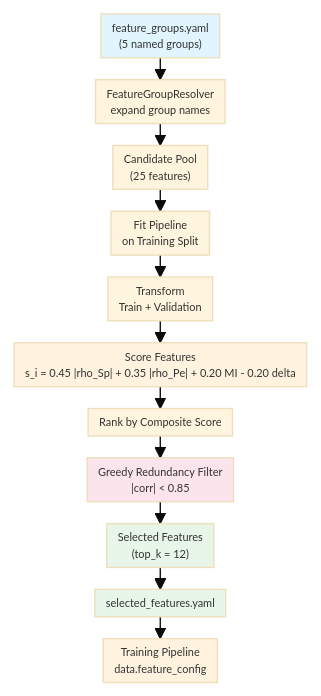
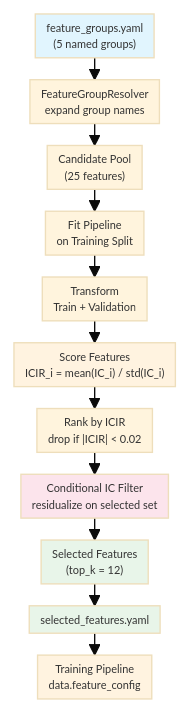
Before and after one commit to kwojdalski/masters_thesis: the sixth of 6 diagrams in thesis/qmd/src/99-appendix.qmd, drawn with Mermaid. The commit also changed other lines of this file and 3 other files, not shown here.

First line of the commit message:
Replace composite score with IC/ICIR in feature_research module and update appendix

````diff
--- a/thesis/qmd/src/99-appendix.qmd
+++ b/thesis/qmd/src/99-appendix.qmd
@@ -486,28 +494,28 @@
 ```{mermaid}
 %%| fig-align: center
 %%| fig-width: 5.5
 %%| fig-height: 7.5
 %%{init: {'theme': 'base', 'themeVariables': {'fontSize': '8px'}, 'flowchart': {'nodeSpacing': 12, 'rankSpacing': 16, 'padding': 4, 'useMaxWidth': true}}}%%
 flowchart TD
     GRP["feature_groups.yaml<br/>(5 named groups)"]
     RES["FeatureGroupResolver<br/>expand group names"]
     POOL["Candidate Pool<br/>(25 features)"]
 
     GRP --> RES --> POOL
 
     POOL --> FIT["Fit Pipeline<br/>on Training Split"]
     FIT --> TRANS["Transform<br/>Train + Validation"]
-    TRANS --> SCORE["Score Features<br/>s_i = 0.45 |rho_Sp| + 0.35 |rho_Pe| + 0.20 MI - 0.20 delta"]
-    SCORE --> RANK["Rank by Composite Score"]
-    RANK --> FILTER["Greedy Redundancy Filter<br/>|corr| < 0.85"]
+    TRANS --> SCORE["Score Features<br/>ICIR_i = mean(IC_i) / std(IC_i)"]
+    SCORE --> RANK["Rank by ICIR<br/>drop if |ICIR| < 0.02"]
+    RANK --> FILTER["Conditional IC Filter<br/>residualize on selected set"]
     FILTER --> SEL["Selected Features<br/>(top_k = 12)"]
     SEL --> YAML["selected_features.yaml"]
     YAML --> TRAIN["Training Pipeline<br/>data.feature_config"]
 
     style GRP fill:#e1f5fe
     style SEL fill:#e8f5e9
     style YAML fill:#e8f5e9
     style TRAIN fill:#fff3e0
     style SCORE fill:#fff3e0
     style FILTER fill:#fce4ec
 ```
````
